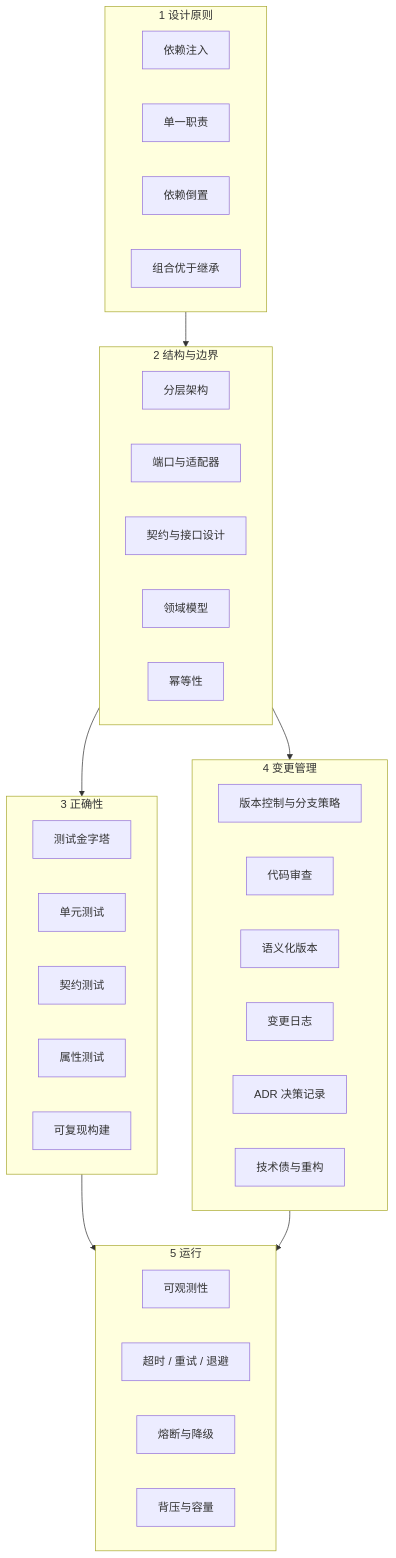
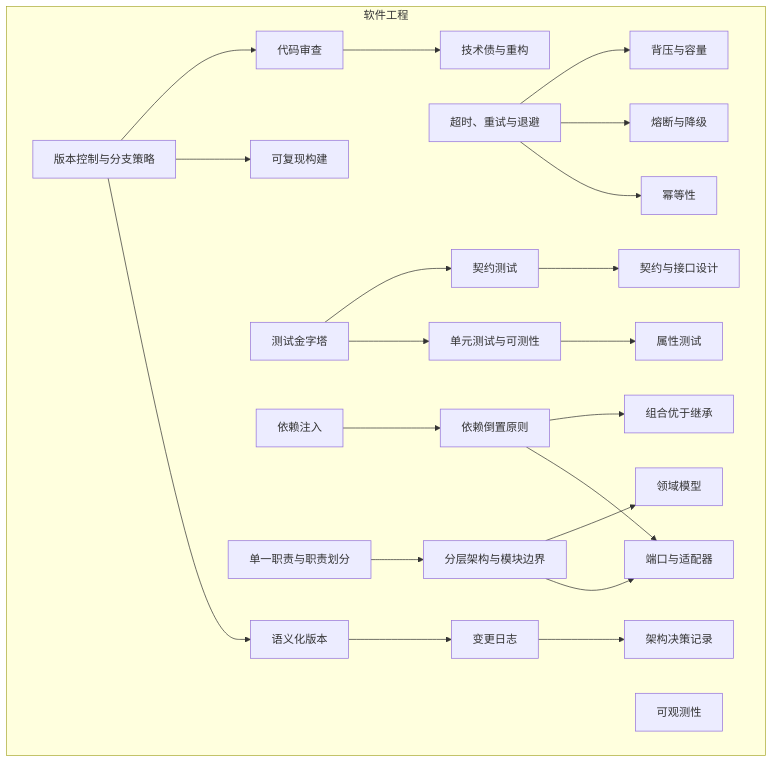
Before and after one commit to paike309/concept-atlas: the diagram in maps/software.md, drawn with Mermaid. The commit also changed 13 other files, not shown here.

First line of the commit message:
feat: 补许可 + 地图自动生成器 + 校验扩展 + 第 2 轮核查清单 (#3)

````diff
--- a/maps/software.md
+++ b/maps/software.md
@@ -11,46 +11,48 @@
 ```mermaid
 flowchart TD
-    subgraph D["1 设计原则"]
-        D1["依赖注入"]
-        D2["单一职责"]
-        D3["依赖倒置"]
-        D4["组合优于继承"]
+    subgraph G_software["软件工程"]
+    n_adr["架构决策记录"]
+    n_backpressure["背压与容量"]
+    n_changelog["变更日志"]
+    n_circuit_breaker["熔断与降级"]
+    n_code_review["代码审查"]
+    n_composition_over_inheritance["组合优于继承"]
+    n_contract_design["契约与接口设计"]
+    n_contract_testing["契约测试"]
+    n_dependency_injection["依赖注入"]
+    n_dependency_inversion["依赖倒置原则"]
+    n_domain_model["领域模型"]
+    n_idempotency["幂等性"]
+    n_layered_architecture["分层架构与模块边界"]
+    n_observability["可观测性"]
+    n_ports_and_adapters["端口与适配器"]
+    n_property_based_testing["属性测试"]
+    n_reproducible_build["可复现构建"]
+    n_semantic_versioning["语义化版本"]
+    n_single_responsibility["单一职责与职责划分"]
+    n_technical_debt_refactoring["技术债与重构"]
+    n_test_pyramid["测试金字塔"]
+    n_timeout_retry_backoff["超时、重试与退避"]
+    n_unit_testing["单元测试与可测性"]
+    n_version_control_branching["版本控制与分支策略"]
     end
-
-    subgraph S["2 结构与边界"]
-        S1["分层架构"]
-        S2["端口与适配器"]
-        S3["契约与接口设计"]
-        S4["领域模型"]
-        S5["幂等性"]
-    end
-
-    subgraph C["3 正确性"]
-        C1["测试金字塔"]
-        C2["单元测试"]
-        C3["契约测试"]
-        C4["属性测试"]
-        C5["可复现构建"]
-    end
-
-    subgraph M["4 变更管理"]
-        M1["版本控制与分支策略"]
-        M2["代码审查"]
-        M3["语义化版本"]
-        M4["变更日志"]
-        M5["ADR 决策记录"]
-        M6["技术债与重构"]
-    end
-
-    subgraph O["5 运行"]
-        O1["可观测性"]
-        O2["超时 / 重试 / 退避"]
-        O3["熔断与降级"]
-        O4["背压与容量"]
-    end
-
-    D --> S --> C
-    S --> M
-    C --> O
-    M --> O
+    n_changelog --> n_adr
+    n_timeout_retry_backoff --> n_backpressure
+    n_semantic_versioning --> n_changelog
+    n_timeout_retry_backoff --> n_circuit_breaker
+    n_version_control_branching --> n_code_review
+    n_dependency_inversion --> n_composition_over_inheritance
+    n_contract_testing --> n_contract_design
+    n_test_pyramid --> n_contract_testing
+    n_dependency_injection --> n_dependency_inversion
+    n_layered_architecture --> n_domain_model
+    n_timeout_retry_backoff --> n_idempotency
+    n_single_responsibility --> n_layered_architecture
+    n_dependency_inversion --> n_ports_and_adapters
+    n_layered_architecture --> n_ports_and_adapters
+    n_unit_testing --> n_property_based_testing
+    n_version_control_branching --> n_reproducible_build
+    n_version_control_branching --> n_semantic_versioning
+    n_code_review --> n_technical_debt_refactoring
+    n_test_pyramid --> n_unit_testing
 ```
````
